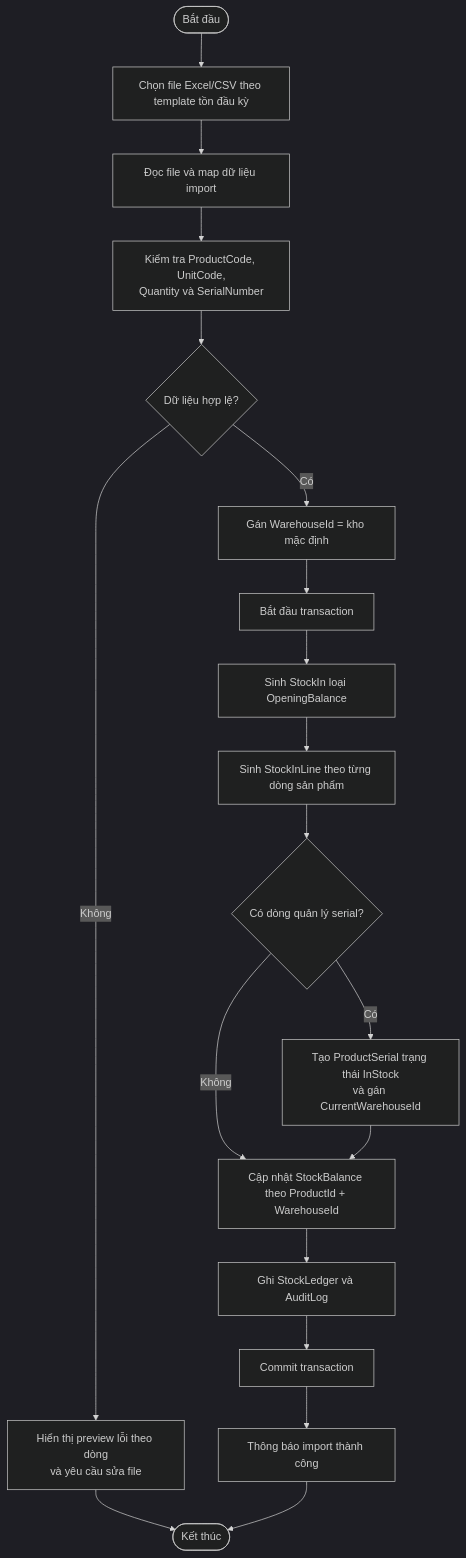
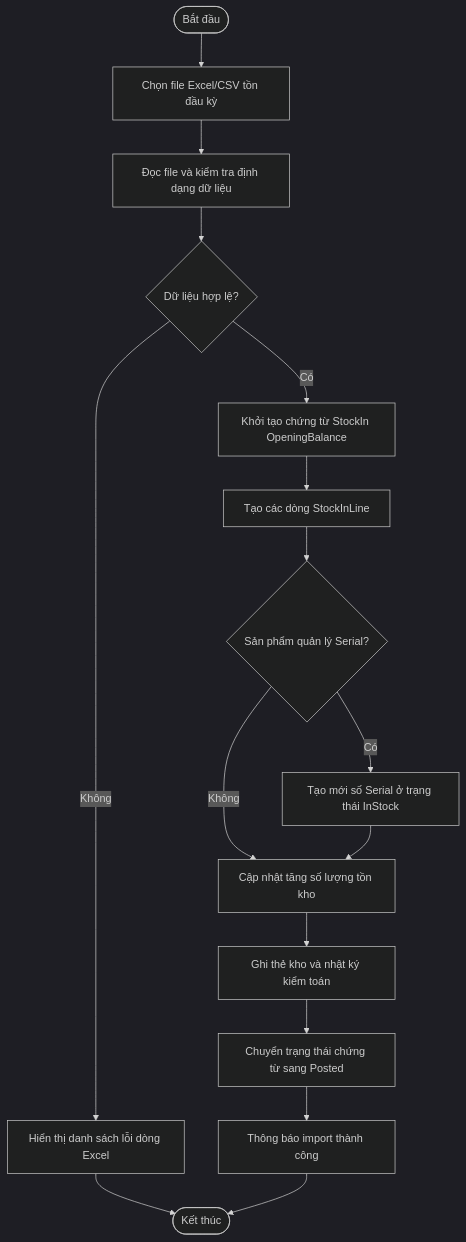
Before and after one commit to TheGiver262/WarePro: the ninth of 18 diagrams in Diagram/warehouse_management_vi_senior_reviewed_mermaid.md, drawn with Mermaid (dark theme). The commit also changed other lines of this file and 7 other files, not shown here.

Commit message:
feat: dong bo so do thiet ke mermaid va sua code cac phan he dang nhap, nhap dau ky, bao hanh

````diff
--- a/Diagram/warehouse_management_vi_senior_reviewed_mermaid.md
+++ b/Diagram/warehouse_management_vi_senior_reviewed_mermaid.md
@@ -495,20 +482,17 @@
 ```mermaid
 flowchart TD
-    A([Bắt đầu]) --> B[Chọn file Excel/CSV theo template tồn đầu kỳ]
-    B --> C[Đọc file và map dữ liệu import]
-    C --> D[Kiểm tra ProductCode, UnitCode,<br/>Quantity và SerialNumber]
-    D --> E{Dữ liệu hợp lệ?}
-    E -- Không --> F[Hiển thị preview lỗi theo dòng<br/>và yêu cầu sửa file] --> END([Kết thúc])
-    E -- Có --> G[Gán WarehouseId = kho mặc định]
-    G --> H[Bắt đầu transaction]
-    H --> I[Sinh StockIn loại OpeningBalance]
-    I --> J[Sinh StockInLine theo từng dòng sản phẩm]
-    J --> K{Có dòng quản lý serial?}
-    K -- Có --> L[Tạo ProductSerial trạng thái InStock<br/>và gán CurrentWarehouseId]
-    K -- Không --> M[Cập nhật StockBalance theo ProductId + WarehouseId]
-    L --> M
-    M --> N[Ghi StockLedger và AuditLog]
-    N --> O[Commit transaction]
-    O --> P[Thông báo import thành công]
-    P --> END
+    A([Bắt đầu]) --> B[Chọn file Excel/CSV tồn đầu kỳ]
+    B --> C[Đọc file và kiểm tra định dạng dữ liệu]
+    C --> D{Dữ liệu hợp lệ?}
+    D -- Không --> E[Hiển thị danh sách lỗi dòng Excel] --> END([Kết thúc])
+    D -- Có --> F[Khởi tạo chứng từ StockIn OpeningBalance]
+    F --> G[Tạo các dòng StockInLine]
+    G --> H{Sản phẩm quản lý Serial?}
+    H -- Có --> I[Tạo mới số Serial ở trạng thái InStock]
+    H -- Không --> J[Cập nhật tăng số lượng tồn kho]
+    I --> J
+    J --> K[Ghi thẻ kho và nhật ký kiểm toán]
+    K --> L[Chuyển trạng thái chứng từ sang Posted]
+    L --> M[Thông báo import thành công]
+    M --> END
 ```
````
